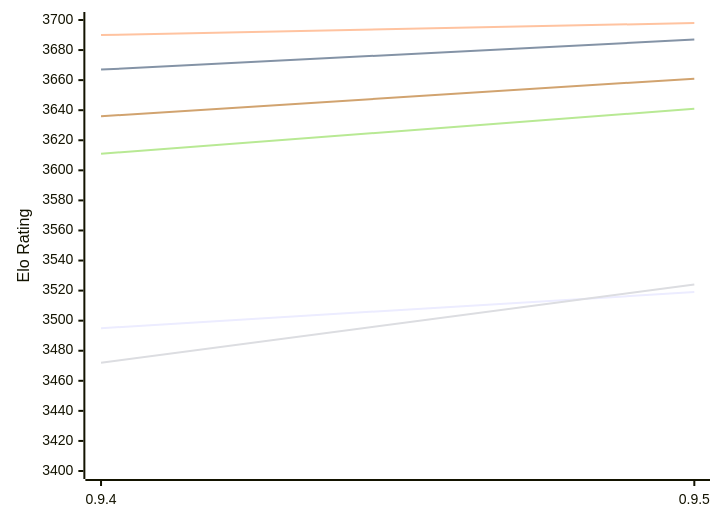
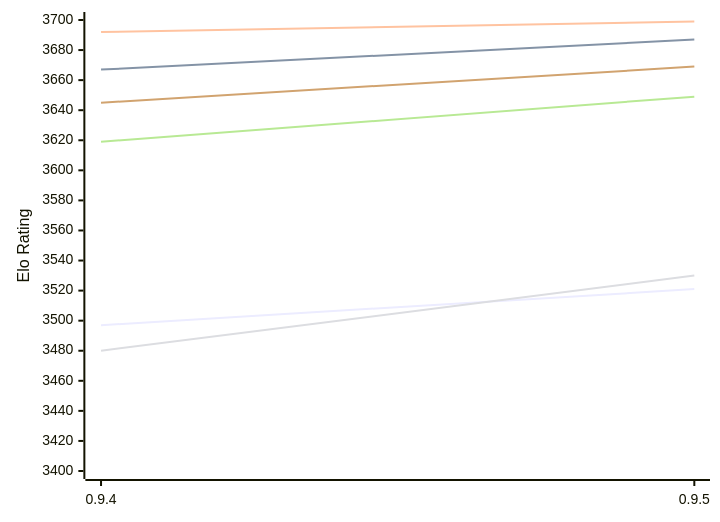
Before and after one commit to computer-chess-index/cci: the first of 2 diagrams in engines/Coda.md, drawn with Mermaid. The commit also changed other lines of this file, not shown here.

Commit message:
Update CCI Ratings (ELO VLTC) - 2026-11-25

````diff
--- a/engines/Coda.md
+++ b/engines/Coda.md
@@ -52,12 +52,12 @@
 ```mermaid
 %%{init: {"theme":"base","themeVariables":{"seriesColors:['#a3a3a3','#222221','#faa371']}}}%%
 xychart-beta
   x-axis ["0.9.4", "0.9.5"]
   y-axis "Elo Rating" 3400 --> 3700
-  line "E1: STC (8.0+0.08s)" [3495, 3519]
+  line "E1: STC (8.0+0.08s)" [3497, 3521]
   line "E1: LTC (60.0+0.60s)" [3667, 3687]
-  line "E1: VLTC (2m24s+1.12s)" [3690, 3698]
-  line "P1: STC (8.0+0.08s)" [3472, 3524]
-  line "P1: LTC (60.0+0.60s)" [3611, 3641]
-  line "P1: VLTC (2m24s+1.12s)" [3636, 3661]
+  line "E1: VLTC (2m24s+1.12s)" [3692, 3699]
+  line "P1: STC (8.0+0.08s)" [3480, 3530]
+  line "P1: LTC (60.0+0.60s)" [3619, 3649]
+  line "P1: VLTC (2m24s+1.12s)" [3645, 3669]
 ```
````
